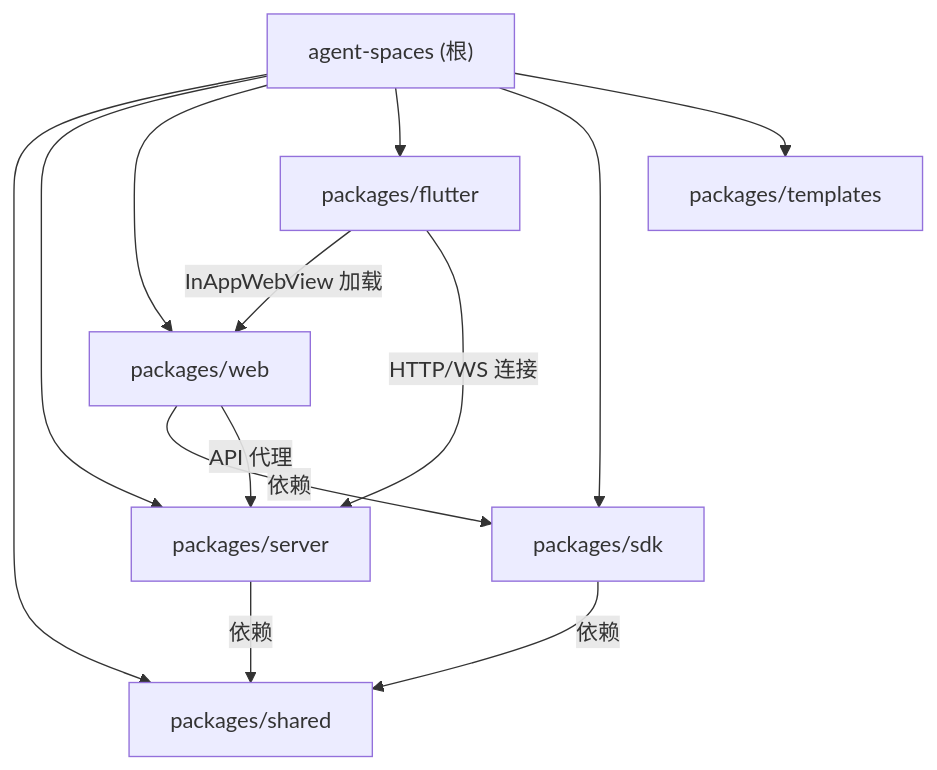
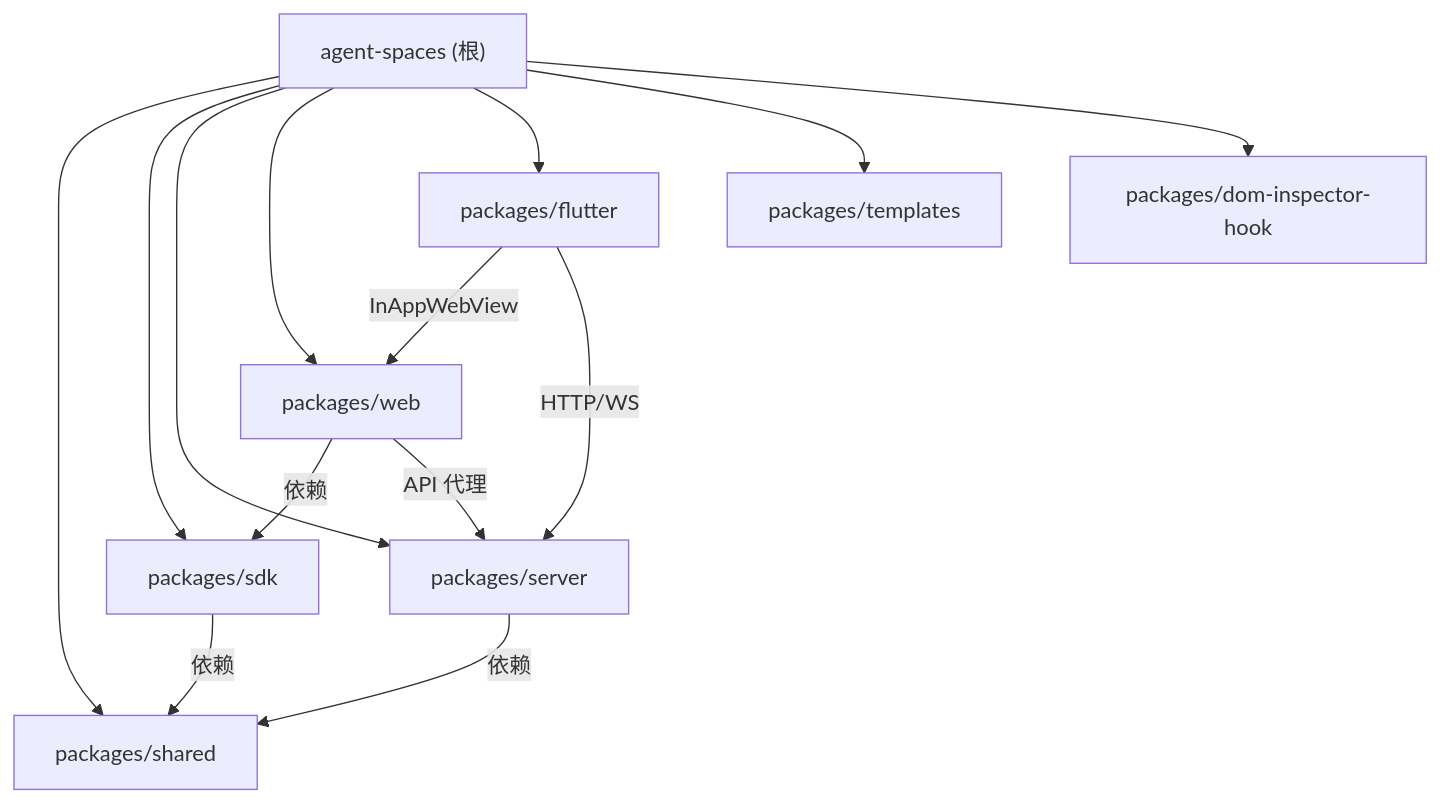
The diagram in CLAUDE.md (zczy-k/agent-spaces), drawn with Mermaid before and after one commit. The commit also changed other lines of this file and 25 other files, not shown here.

````diff
--- a/CLAUDE.md
+++ b/CLAUDE.md
@@ -115,23 +37,24 @@
 ```mermaid
 graph TD
     A["agent-spaces (根)"] --> B["packages/shared"]
-    A --> C["packages/server"]
-    A --> D["packages/web"]
-    A --> E["packages/flutter"]
-    A --> F["packages/sdk"]
+    A --> C["packages/sdk"]
+    A --> D["packages/server"]
+    A --> E["packages/web"]
+    A --> F["packages/flutter"]
     A --> G["packages/templates"]
+    A --> H["packages/dom-inspector-hook"]
 
     C -->|"依赖"| B
-    F -->|"依赖"| B
-    D -->|"依赖"| F
-    D -->|"API 代理"| C
-    E -->|"InAppWebView 加载"| D
-    E -->|"HTTP/WS 连接"| C
+    D -->|"依赖"| B
+    E -->|"依赖"| C
+    E -->|"API 代理"| D
+    F -->|"InAppWebView"| E
+    F -->|"HTTP/WS"| D
 
     click B "./packages/shared/CLAUDE.md" "查看 shared 模块文档"
-    click C "./packages/server/CLAUDE.md" "查看 server 模块文档"
-    click D "./packages/web/CLAUDE.md" "查看 web 模块文档"
-    click E "./packages/flutter/CLAUDE.md" "查看 flutter 模块文档"
-    click F "./packages/sdk/CLAUDE.md" "查看 sdk 模块文档"
+    click C "./packages/sdk/CLAUDE.md" "查看 sdk 模块文档"
+    click D "./packages/server/CLAUDE.md" "查看 server 模块文档"
+    click E "./packages/web/CLAUDE.md" "查看 web 模块文档"
+    click F "./packages/flutter/CLAUDE.md" "查看 flutter 模块文档"
     click G "./packages/templates/CLAUDE.md" "查看 templates 模块文档"
 ```
````
